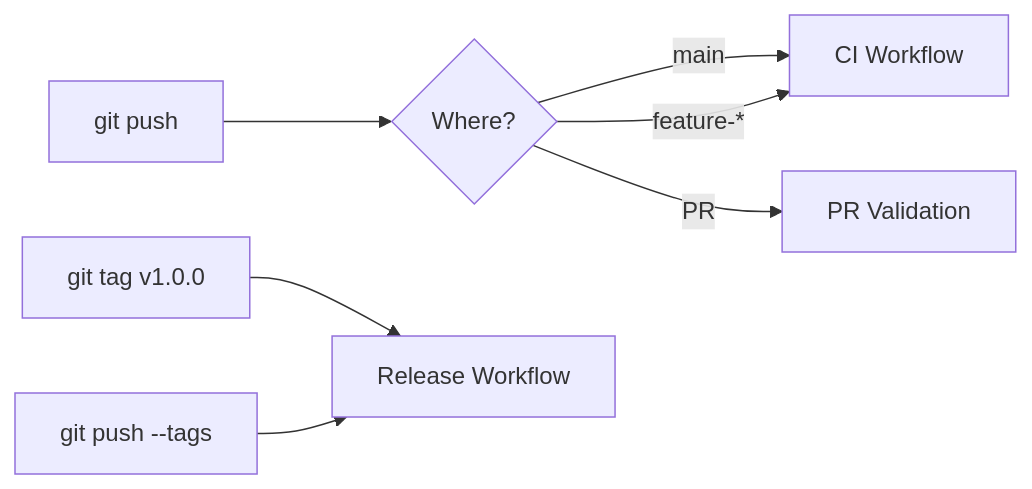
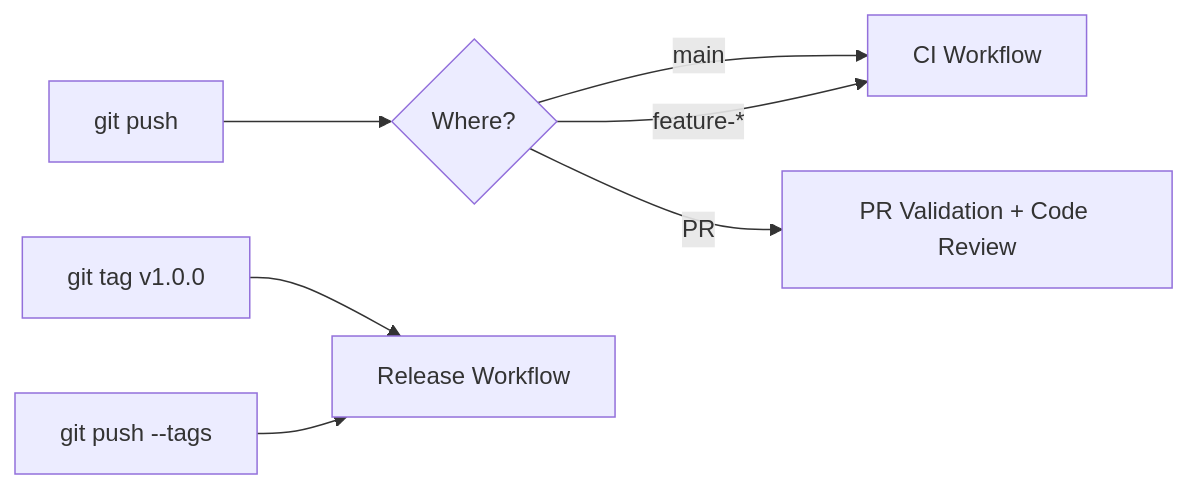
Before and after one commit to johnplantada/jp-mcp-server: the eighth of 11 diagrams in CICD.md, drawn with Mermaid. The commit also changed other lines of this file and 1 other file, not shown here.

````diff
--- a/CICD.md
+++ b/CICD.md
@@ -244,10 +296,10 @@
 ```mermaid
 flowchart LR
     A[git push] --> B{Where?}
     B -->|main| C[CI Workflow]
     B -->|feature-*| C
-    B -->|PR| D[PR Validation]
+    B -->|PR| D[PR Validation + Code Review]
     
     E[git tag v1.0.0] --> F[Release Workflow]
     G[git push --tags] --> F
 ```
````
